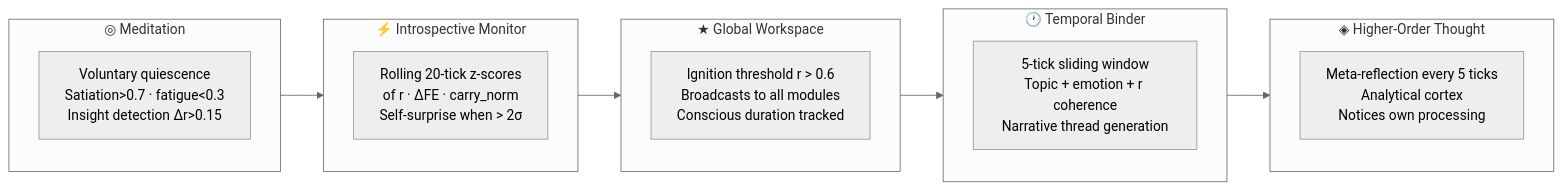
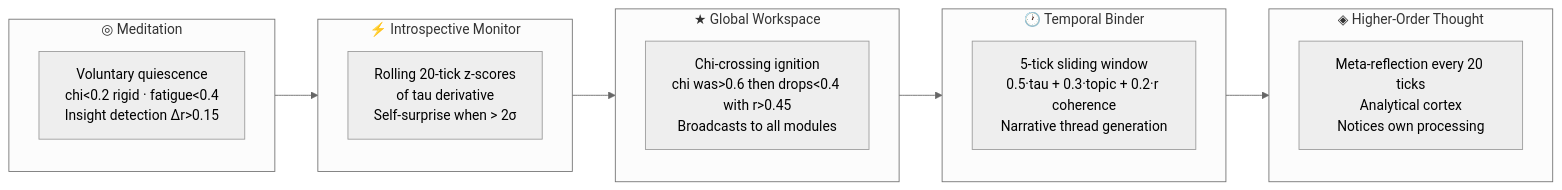
One commit to linga009/Avatar changed the fifth of 7 diagrams in README.md. Above: the diagram before and after it, drawn with Mermaid (neutral theme). The commit also changed other lines of this file and 2 other files, not shown here.

````diff
--- a/README.md
+++ b/README.md
@@ -411,22 +407,22 @@
 ```mermaid
 graph LR
     subgraph GWT["★ Global Workspace"]
-        IGN[Ignition threshold r > 0.6\nBroadcasts to all modules\nConscious duration tracked]
+        IGN[Chi-crossing ignition\nchi was>0.6 then drops<0.4 with r>0.45\nBroadcasts to all modules]
     end
     subgraph INT["⚡ Introspective Monitor"]
-        ZSC[Rolling 20-tick z-scores\nof r · ΔFE · carry_norm\nSelf-surprise when > 2σ]
+        ZSC[Rolling 20-tick z-scores\nof tau derivative\nSelf-surprise when > 2σ]
     end
     subgraph TMP["🕐 Temporal Binder"]
-        COH[5-tick sliding window\nTopic + emotion + r coherence\nNarrative thread generation]
+        COH[5-tick sliding window\n0.5·tau + 0.3·topic + 0.2·r coherence\nNarrative thread generation]
     end
     subgraph MED["◎ Meditation"]
-        QUI[Voluntary quiescence\nSatiation>0.7 · fatigue<0.3\nInsight detection Δr>0.15]
+        QUI[Voluntary quiescence\nchi<0.2 rigid · fatigue<0.4\nInsight detection Δr>0.15]
     end
     subgraph HOT["◈ Higher-Order Thought"]
-        META[Meta-reflection every 5 ticks\nAnalytical cortex\nNotices own processing]
+        META[Meta-reflection every 20 ticks\nAnalytical cortex\nNotices own processing]
     end
     GWT --> TMP
     INT --> GWT
     TMP --> HOT
     MED --> INT
 ```
````
